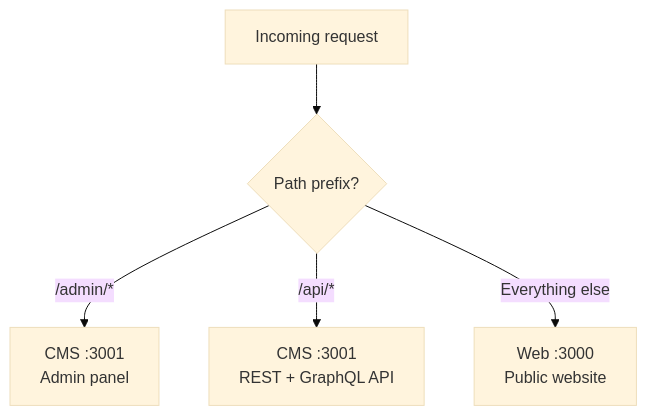
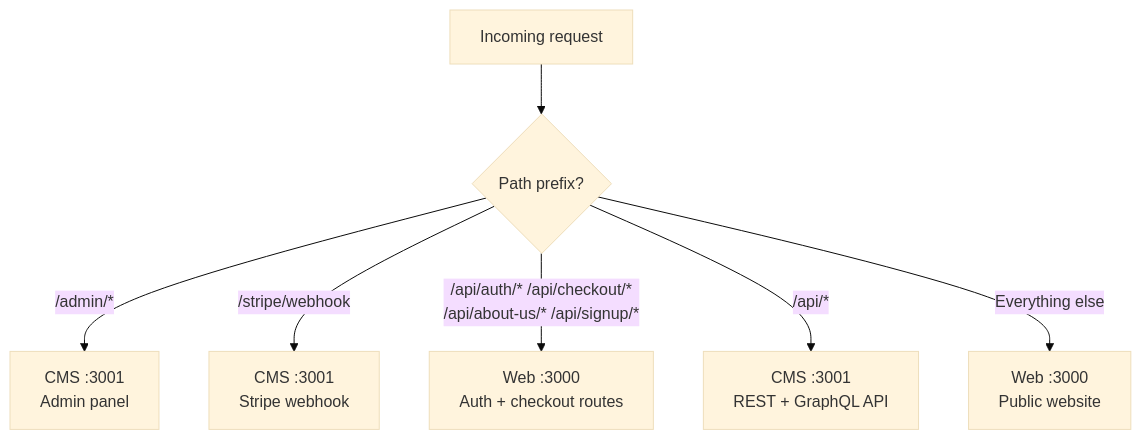
The second of 3 diagrams in docs/architecture.md (UoaWDCC/ssa), drawn with Mermaid (base theme) before and after one commit. The commit also changed other lines of this file and 8 other files, not shown here.

````diff
--- a/docs/architecture.md
+++ b/docs/architecture.md
@@ -47,7 +47,9 @@
 ```mermaid
 graph TD
     REQ[Incoming request] --> CHECK{Path prefix?}
     CHECK -->|"/admin/*"| CMS_ADMIN[CMS :3001<br/>Admin panel]
+    CHECK -->|"/stripe/webhook"| CMS_HOOK[CMS :3001<br/>Stripe webhook]
+    CHECK -->|"/api/auth/* /api/checkout/*<br/>/api/about-us/* /api/signup/*"| WEB_API[Web :3000<br/>Auth + checkout routes]
     CHECK -->|"/api/*"| CMS_API[CMS :3001<br/>REST + GraphQL API]
     CHECK -->|Everything else| WEB_APP[Web :3000<br/>Public website]
 ```
````
